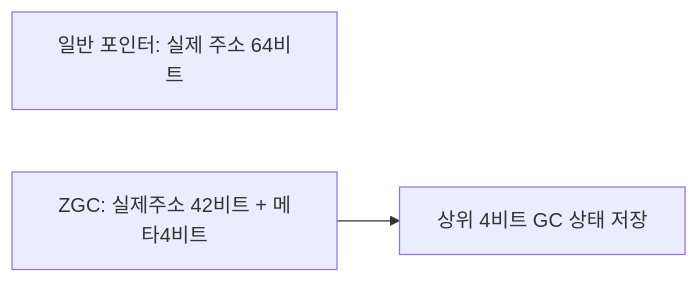
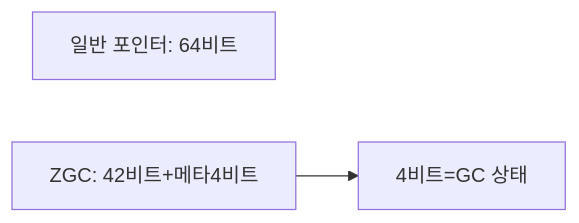
Before and after one commit to yjkim2015/yjkim2015.github.io: diagram 17 of 29 in _posts/java/2026-05-01-java-garbage-collector.md, drawn with Mermaid. The commit also changed other lines of this file and 48 other files, not shown here.

First line of the commit message:
Mermaid 최종 47건 수정: participant/노드/줄수/라벨 전부 기준 이하

````diff
--- a/_posts/java/2026-05-01-java-garbage-collector.md
+++ b/_posts/java/2026-05-01-java-garbage-collector.md
@@ -329,7 +326,7 @@
 ```mermaid
 graph LR
-    P1["일반 포인터: 실제 주소 64비트"]
-    P2["ZGC: 실제주소 42비트 + 메타4비트"]
-    META["상위 4비트 GC 상태 저장"]
+    P1["일반 포인터: 64비트"]
+    P2["ZGC: 42비트+메타4비트"]
+    META["4비트=GC 상태"]
     P2 --> META
 ```
````
